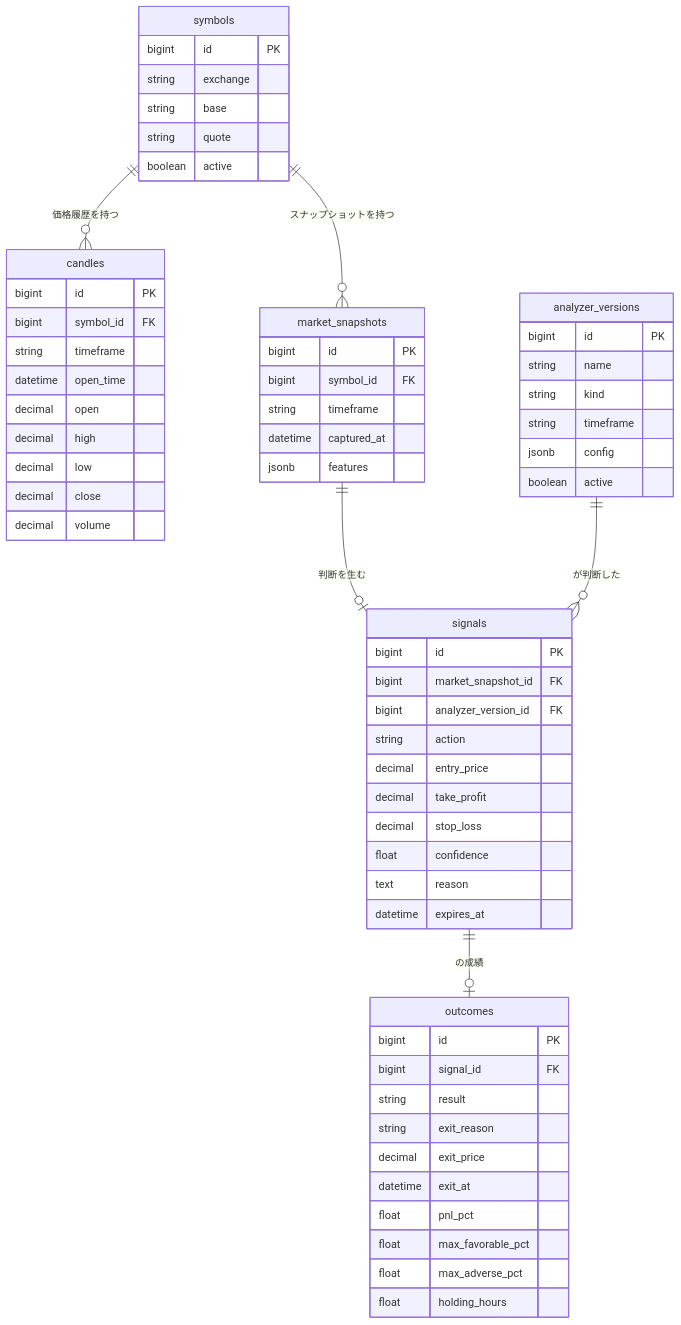
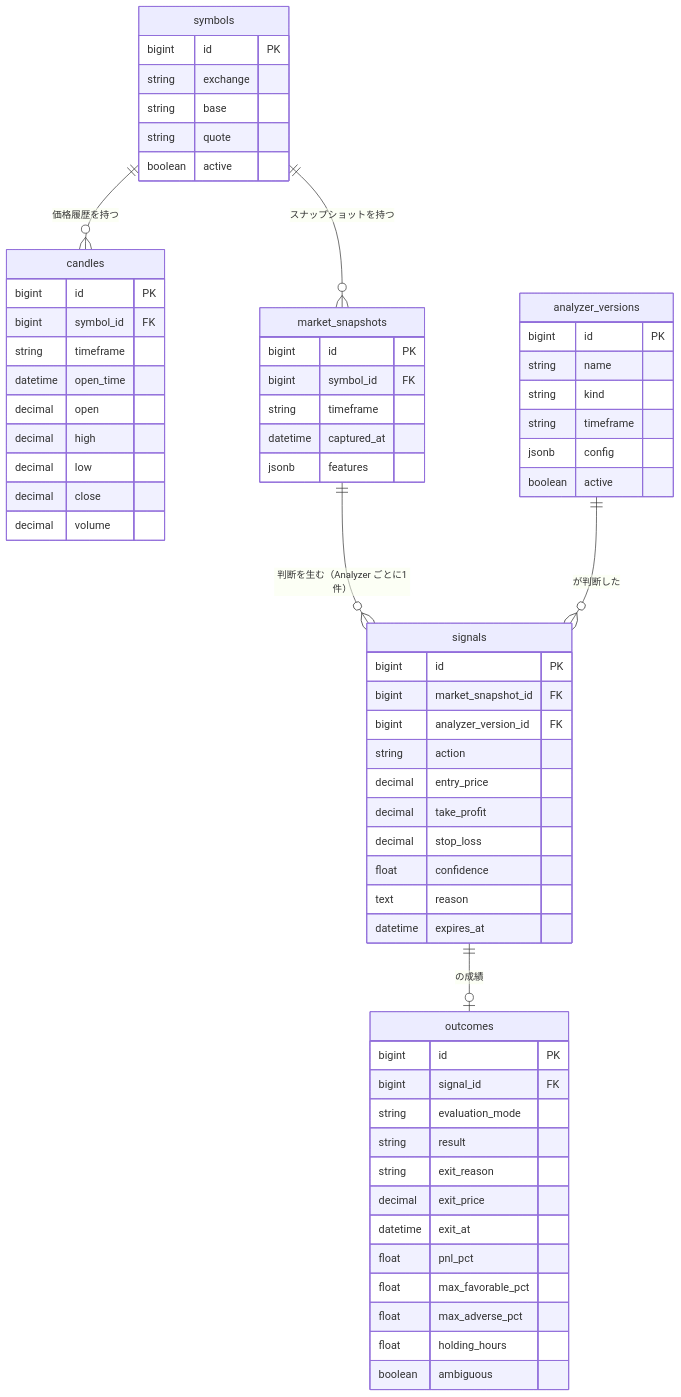
The diagram in docs/domain-model.md (yamato-payforward/blue-pilot), drawn with Mermaid before and after one commit. The commit also changed other lines of this file, not shown here.

````diff
--- a/docs/domain-model.md
+++ b/docs/domain-model.md
@@ -52,66 +52,68 @@
 ```mermaid
 erDiagram
     symbols ||--o{ candles : "価格履歴を持つ"
     symbols ||--o{ market_snapshots : "スナップショットを持つ"
-    market_snapshots ||--o| signals : "判断を生む"
+    market_snapshots ||--o{ signals : "判断を生む（Analyzer ごとに1件）"
     analyzer_versions ||--o{ signals : "が判断した"
     signals ||--o| outcomes : "の成績"
 
     symbols {
         bigint id PK
         string exchange
         string base
         string quote
         boolean active
     }
     candles {
         bigint id PK
         bigint symbol_id FK
         string timeframe
         datetime open_time
         decimal open
         decimal high
         decimal low
         decimal close
         decimal volume
     }
     market_snapshots {
         bigint id PK
         bigint symbol_id FK
         string timeframe
         datetime captured_at
         jsonb features
     }
     signals {
         bigint id PK
         bigint market_snapshot_id FK
         bigint analyzer_version_id FK
         string action
         decimal entry_price
         decimal take_profit
         decimal stop_loss
         float confidence
         text reason
         datetime expires_at
     }
     outcomes {
         bigint id PK
         bigint signal_id FK
+        string evaluation_mode
         string result
         string exit_reason
         decimal exit_price
         datetime exit_at
         float pnl_pct
         float max_favorable_pct
         float max_adverse_pct
         float holding_hours
+        boolean ambiguous
     }
     analyzer_versions {
         bigint id PK
         string name
         string kind
         string timeframe
         jsonb config
         boolean active
     }
 ```
````
